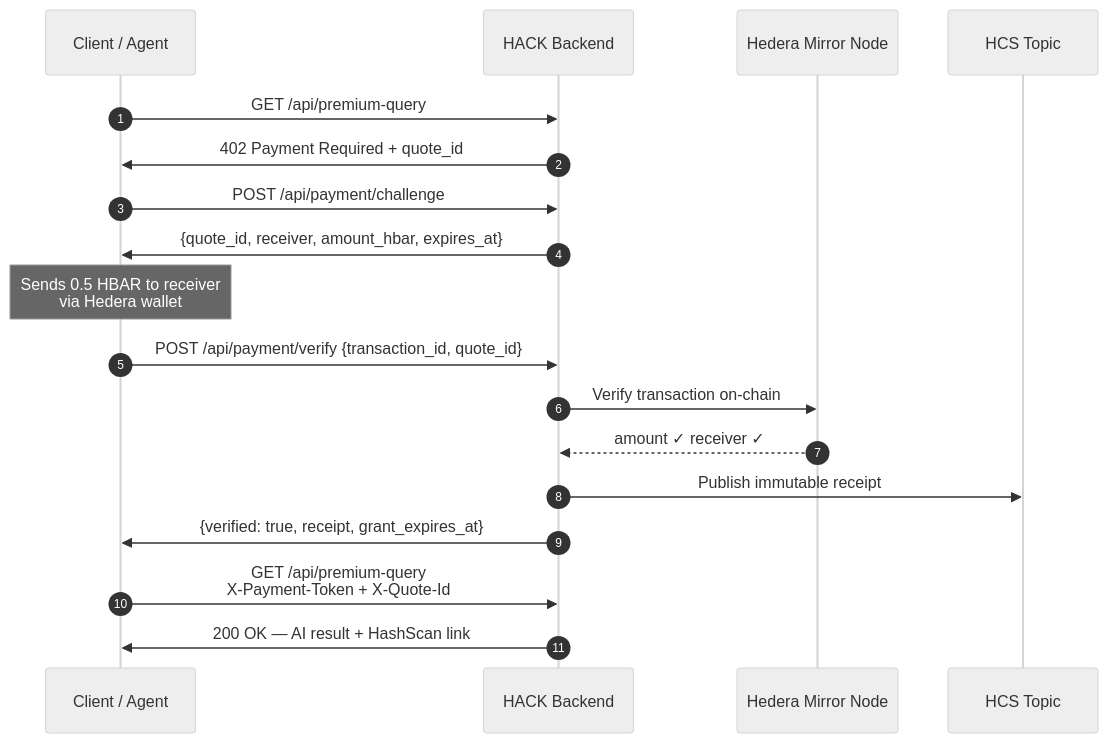
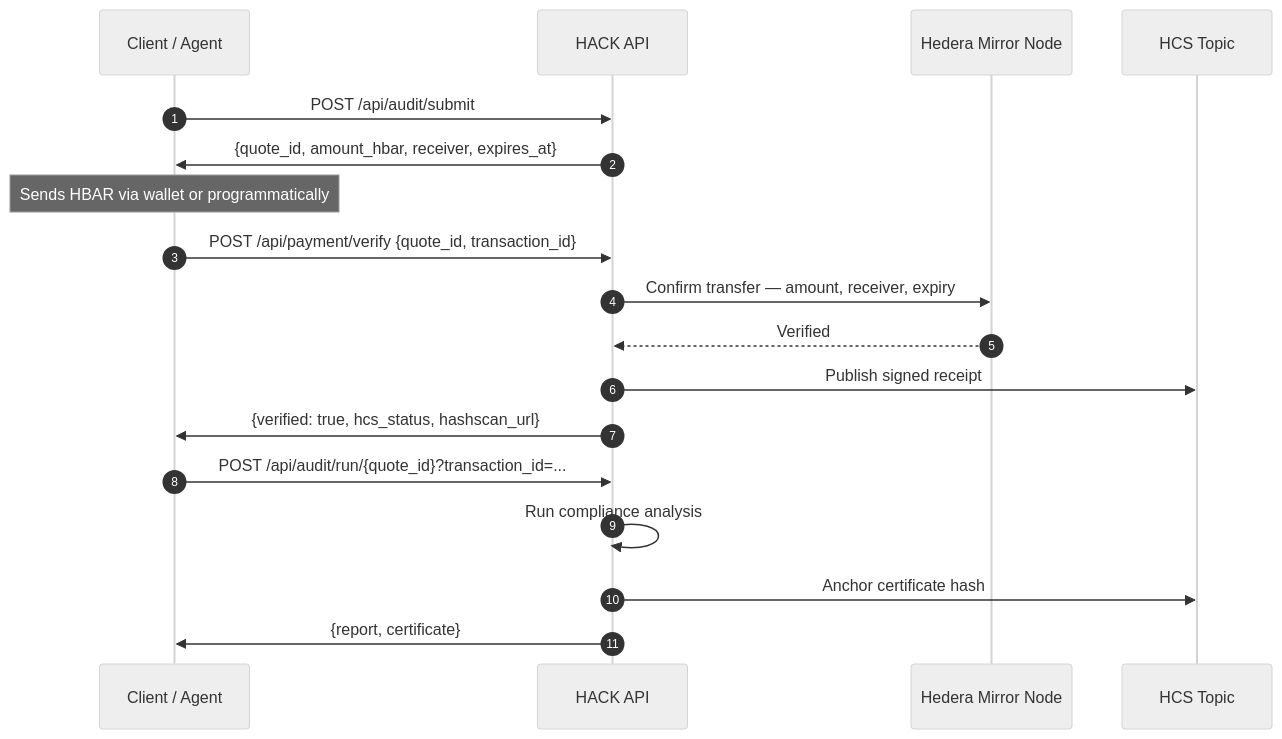
One commit to De-real-iManuel/Hedera-Agent-Commerce-Kit changed the second of 2 diagrams in README.md. Above: the diagram before and after it, drawn with Mermaid (neutral theme). The commit also changed other lines of this file and 2 other files, not shown here.

````diff
--- a/README.md
+++ b/README.md
@@ -100,25 +114,24 @@
 ```mermaid
 sequenceDiagram
     autonumber
     participant C as Client / Agent
-    participant HACK as HACK Backend
+    participant API as HACK API
     participant MN as Hedera Mirror Node
     participant HCS as HCS Topic
 
-    C->>HACK: GET /api/premium-query
-    HACK->>C: 402 Payment Required + quote_id
+    C->>API: POST /api/audit/submit
+    API->>C: {quote_id, amount_hbar, receiver, expires_at}
 
-    C->>HACK: POST /api/payment/challenge
-    HACK->>C: {quote_id, receiver, amount_hbar, expires_at}
+    Note over C: Sends HBAR via wallet or programmatically
 
-    Note over C: Sends 0.5 HBAR to receiver<br/>via Hedera wallet
+    C->>API: POST /api/payment/verify {quote_id, transaction_id}
+    API->>MN: Confirm transfer — amount, receiver, expiry
+    MN-->>API: Verified
+    API->>HCS: Publish signed receipt
+    API->>C: {verified: true, hcs_status, hashscan_url}
 
-    C->>HACK: POST /api/payment/verify {transaction_id, quote_id}
-    HACK->>MN: Verify transaction on-chain
-    MN-->>HACK: amount ✓  receiver ✓
-    HACK->>HCS: Publish immutable receipt
-    HACK->>C: {verified: true, receipt, grant_expires_at}
-
-    C->>HACK: GET /api/premium-query<br/>X-Payment-Token + X-Quote-Id
-    HACK->>C: 200 OK — AI result + HashScan link
+    C->>API: POST /api/audit/run/{quote_id}?transaction_id=...
+    API->>API: Run compliance analysis
+    API->>HCS: Anchor certificate hash
+    API->>C: {report, certificate}
 ```
````
